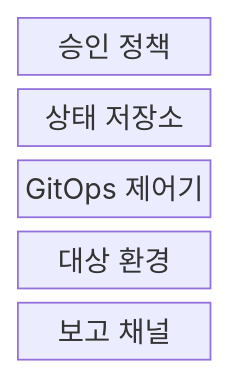
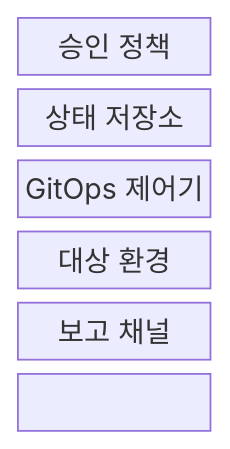
The first of 2 diagrams in src/content/docs/notes/03-software/055_gitops.md (agnusdei1207/knowledge-base), drawn with Mermaid before and after one commit. The commit also changed other lines of this file and 238 other files, not shown here.

````diff
--- a/src/content/docs/notes/03-software/055_gitops.md
+++ b/src/content/docs/notes/03-software/055_gitops.md
@@ -61,9 +61,11 @@
 ```mermaid
-block
+block-beta
   columns 1
   P["승인 정책"]
   S["상태 저장소"]
   C["GitOps 제어기"]
   E["대상 환경"]
   N["보고 채널"]
+  P --- S --- C
+  C --- E --- N
 ```
````
